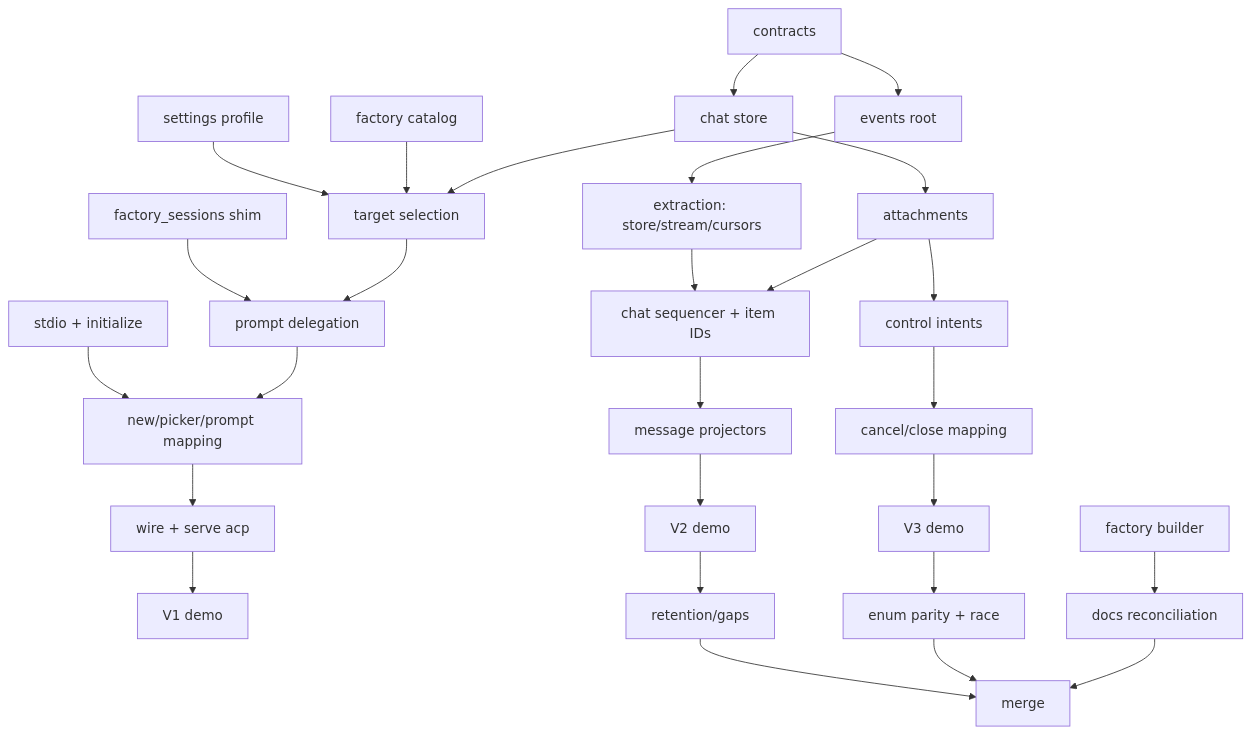
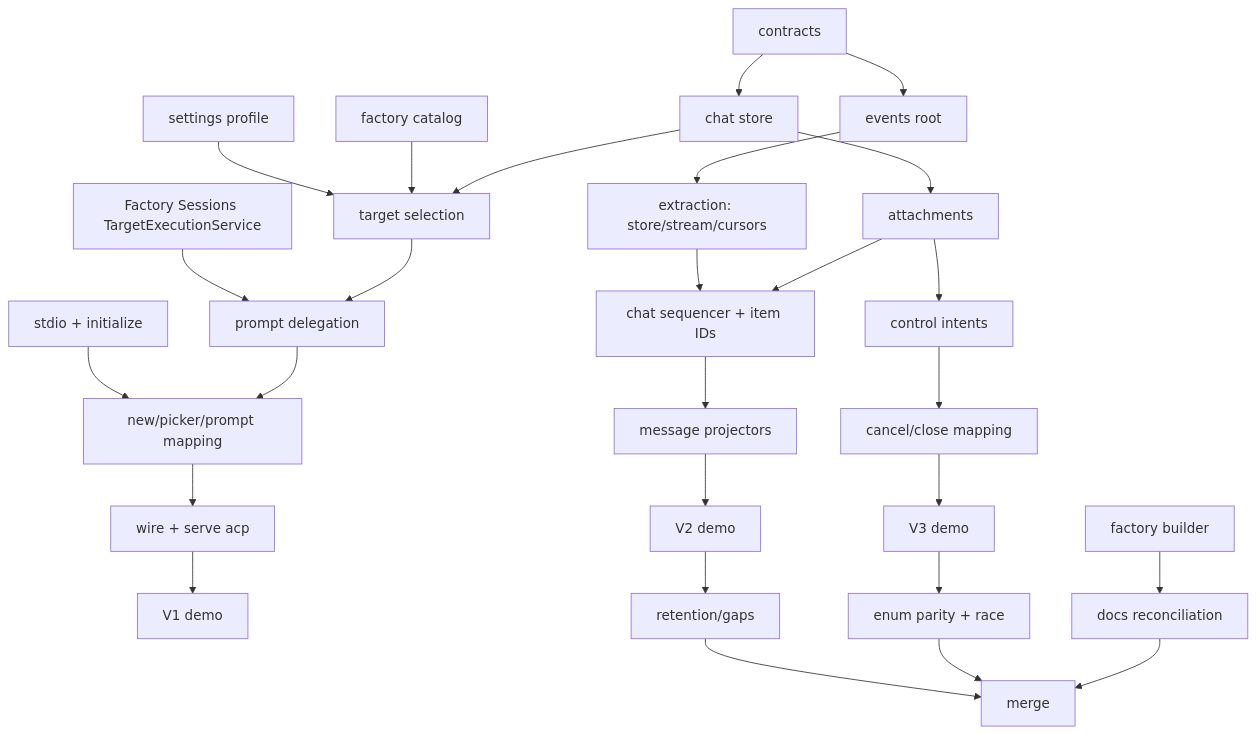
One commit to portpowered/you-agent-factory changed the fourth of 4 diagrams in docs/internal/projects/acp-client/final-proposal.md. Above: the diagram before and after it, drawn with Mermaid. The commit also changed other lines of this file and 2 other files, not shown here.

Commit message:
ACP-L2-CLN-SHIM-REGISTER-002: route shim guidance

````diff
--- a/docs/internal/projects/acp-client/final-proposal.md
+++ b/docs/internal/projects/acp-client/final-proposal.md
@@ -590,32 +602,32 @@
 ```mermaid
 flowchart TD
     K01[contracts] --> C01[chat store]
     K01 --> E01[events root]
     O01[settings profile] --> C02[target selection]
     D01[factory catalog] --> C02
     C01 --> C02
-    SH[factory_sessions shim] --> C03[prompt delegation]
+    FS[Factory Sessions TargetExecutionService] --> C03[prompt delegation]
     C02 --> C03
     T01[stdio + initialize] --> T02[new/picker/prompt mapping]
     C03 --> T02
     T02 --> I01[wire + serve acp]
     I01 --> V1[V1 demo]
 
     E01 --> E02[extraction: store/stream/cursors]
     E02 --> E03[chat sequencer + item IDs]
     C01 --> C04[attachments]
     C04 --> E03
     E03 --> T03[message projectors]
     T03 --> V2[V2 demo]
 
     C04 --> C05[control intents]
     C05 --> T06[cancel/close mapping]
     T06 --> V3[V3 demo]
 
     V2 --> H01[retention/gaps]
     V3 --> H02[enum parity + race]
     F01[factory builder] --> H04[docs reconciliation]
     H01 --> M01[merge]
     H02 --> M01
     H04 --> M01
 ```
````
